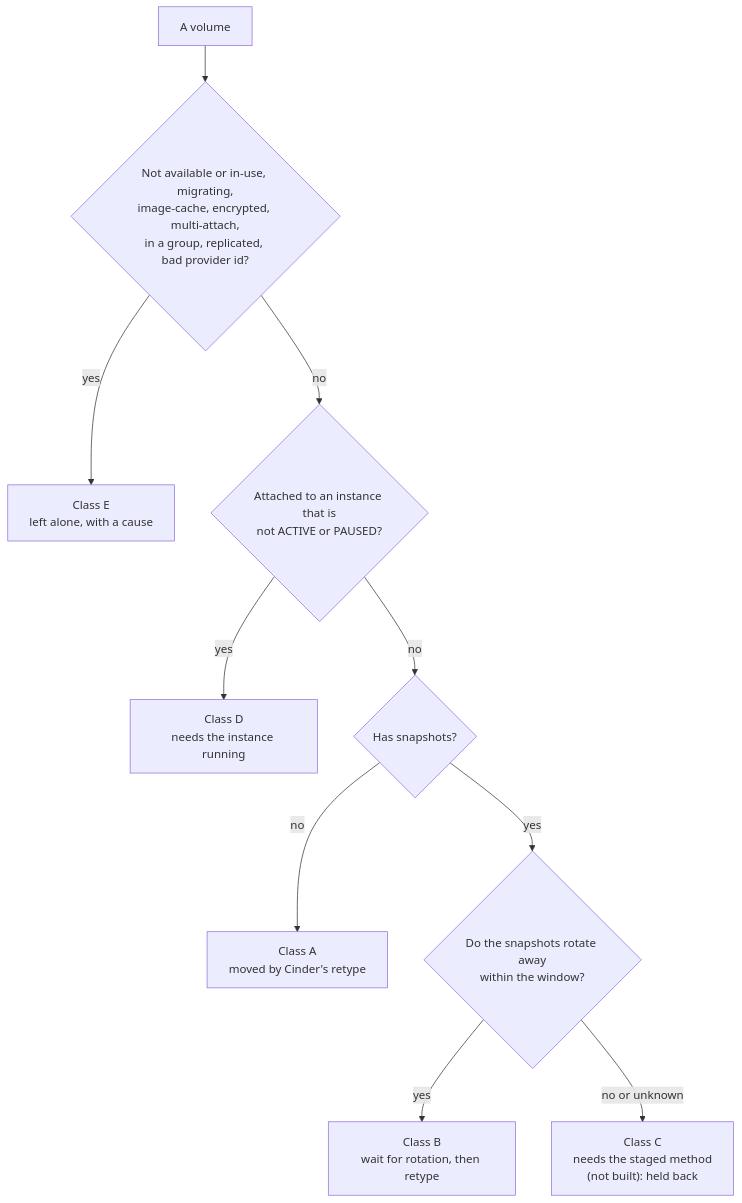
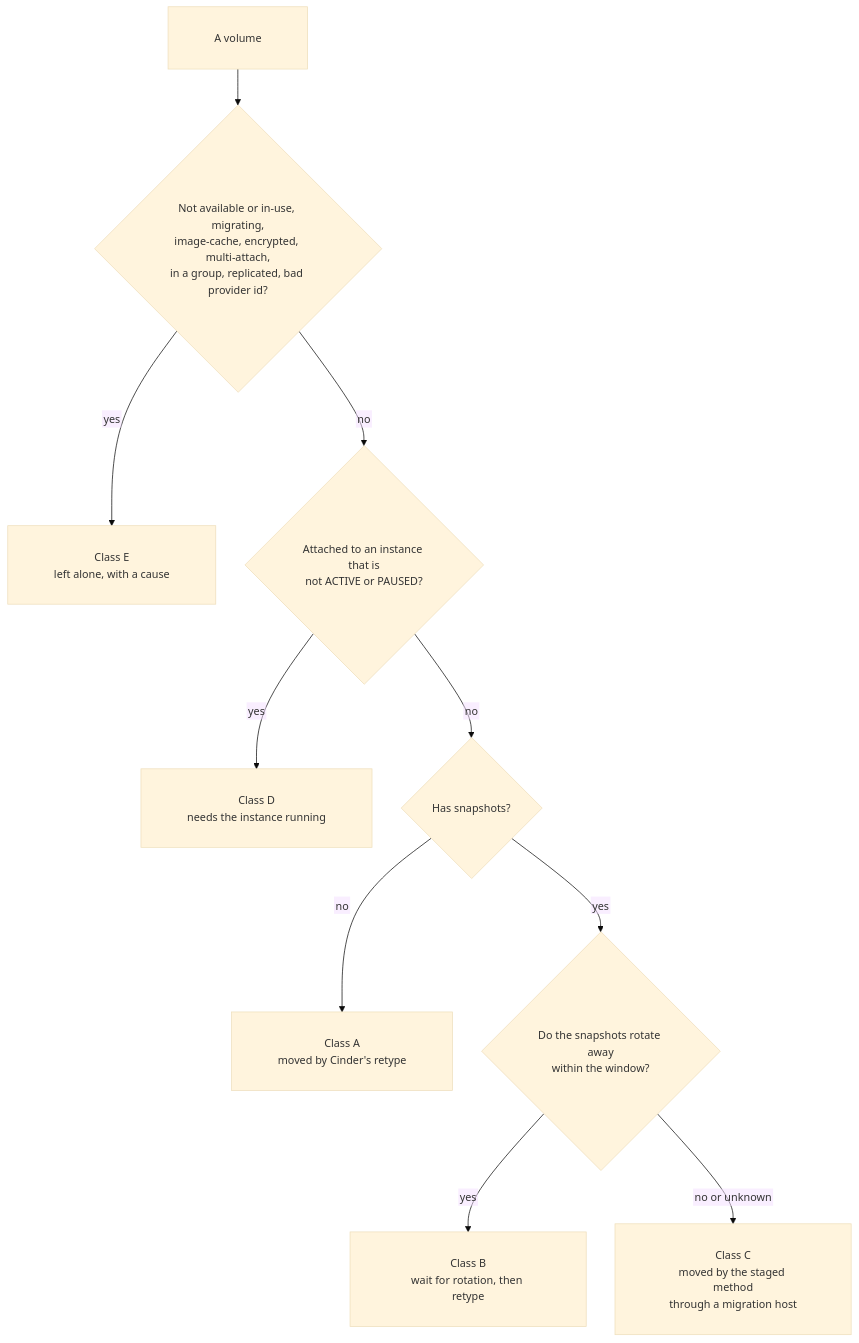
Before and after one commit to ebeauzec/OpenMove: the third of 5 diagrams in docs/WALKTHROUGH.md, drawn with Mermaid. The commit also changed other lines of this file and 65 other files, not shown here.

First line of the commit message:
OpenMove 0.9.0: Class C: staged method, data mover, SSH, host setup from the interface, deployment guide, larger lab

````diff
--- a/docs/WALKTHROUGH.md
+++ b/docs/WALKTHROUGH.md
@@ -121,12 +123,13 @@
 ```mermaid
+%%{init: {"theme": "base", "fontFamily": "Arial, Helvetica, sans-serif", "themeVariables": {"fontSize": "15px"}, "flowchart": {"htmlLabels": false, "padding": 32, "nodeSpacing": 40, "rankSpacing": 50}}}%%
 flowchart TD
     V["A volume"] --> Q1{"Not available or in-use, migrating,<br/>image-cache, encrypted, multi-attach,<br/>in a group, replicated, bad provider id?"}
     Q1 -->|yes| E["Class E<br/>left alone, with a cause"]
     Q1 -->|no| Q2{"Attached to an instance that is<br/>not ACTIVE or PAUSED?"}
     Q2 -->|yes| D["Class D<br/>needs the instance running"]
     Q2 -->|no| Q3{"Has snapshots?"}
     Q3 -->|no| A["Class A<br/>moved by Cinder's retype"]
     Q3 -->|yes| Q4{"Do the snapshots rotate away<br/>within the window?"}
     Q4 -->|yes| B["Class B<br/>wait for rotation, then retype"]
-    Q4 -->|no or unknown| C["Class C<br/>needs the staged method<br/>(not built): held back"]
+    Q4 -->|no or unknown| C["Class C<br/>moved by the staged method<br/>through a migration host"]
 ```
````
